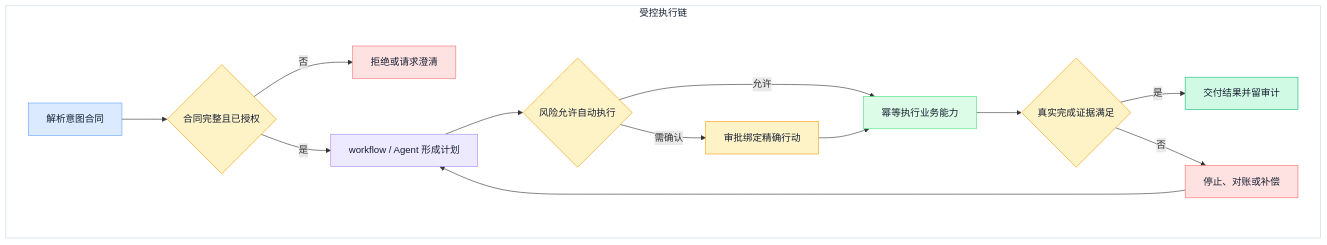
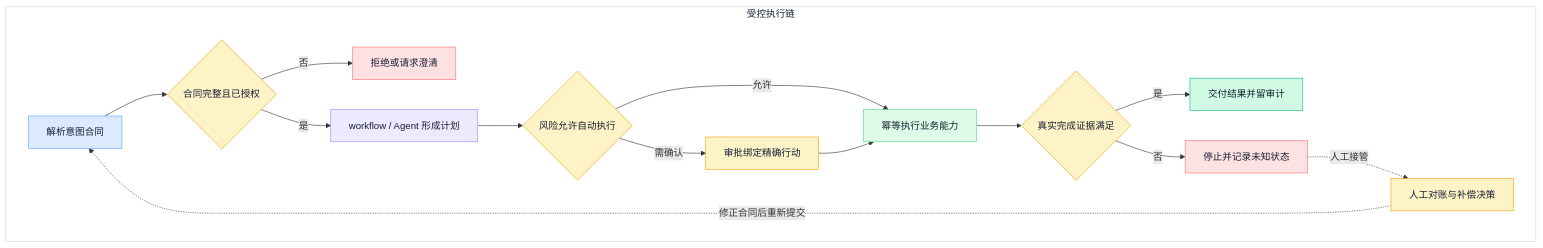
One commit to ink-hz/AI-Agent-Platform changed the second of 3 diagrams in backend/app/ai_notes/content/05-thinking-and-methods/02-intent-driven-ai-business-platform.md. Above: the diagram before and after it, drawn with Mermaid. The commit also changed other lines of this file and 1 other file, not shown here.

Commit message:
fix(ai-notes): guard intent execution boundaries

````diff
--- a/backend/app/ai_notes/content/05-thinking-and-methods/02-intent-driven-ai-business-platform.md
+++ b/backend/app/ai_notes/content/05-thinking-and-methods/02-intent-driven-ai-business-platform.md
@@ -169,34 +169,35 @@
 ```mermaid
 flowchart TB
     accTitle: 用户意图到完成证据执行链
-    accDescr: 意图合同先做完整性与授权检查，再由工作流或 Agent 规划；高风险动作等待审批，执行后以目标系统证据验证，失败则拒绝、补偿或回到修正。
+    accDescr: 意图合同先做完整性与授权检查，再由工作流或 Agent 规划；高风险动作等待审批，证据不满足时停止，只有人工对账并修正合同后才能重新提交。
 
     subgraph CHAIN["受控执行链"]
         I["解析意图合同"] --> G{"合同完整且已授权"}
         G -->|"否"| R["拒绝或请求澄清"]
         G -->|"是"| P["workflow / Agent 形成计划"]
         P --> H{"风险允许自动执行"}
         H -->|"需确认"| A["审批绑定精确行动"]
         H -->|"允许"| X["幂等执行业务能力"]
         A --> X
         X --> V{"真实完成证据满足"}
         V -->|"是"| S["交付结果并留审计"]
-        V -->|"否"| C["停止、对账或补偿"]
-        C --> P
+        V -->|"否"| C["停止并记录未知状态"]
+        C -. "人工接管" .-> M["人工对账与补偿决策"]
+        M -. "修正合同后重新提交" .-> I
     end
 
     classDef input fill:#DBEAFE,stroke:#60A5FA,color:#172033;
     classDef policy fill:#FEF3C7,stroke:#F59E0B,color:#172033;
     classDef model fill:#EDE9FE,stroke:#A78BFA,color:#172033;
     classDef tool fill:#DCFCE7,stroke:#4ADE80,color:#172033;
     classDef success fill:#D1FAE5,stroke:#10B981,color:#172033;
     classDef risk fill:#FEE2E2,stroke:#F87171,color:#172033;
     class I input;
-    class G,H,A policy;
+    class G,H,A,M policy;
     class P model;
     class X tool;
     class V policy;
     class S success;
     class R,C risk;
     style CHAIN fill:#FFFFFF,stroke:#CBD5E1,color:#172033;
 ```
````
